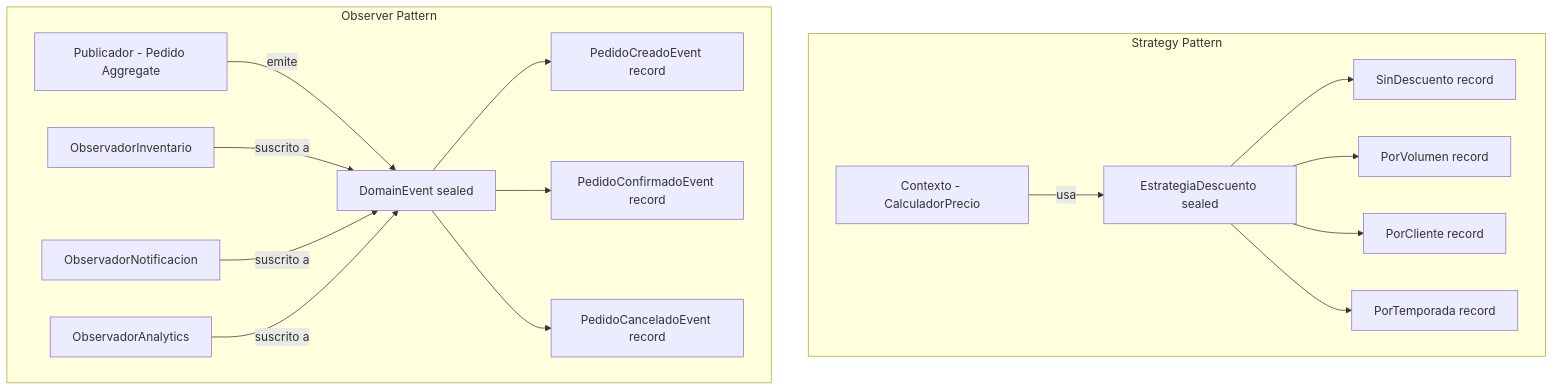
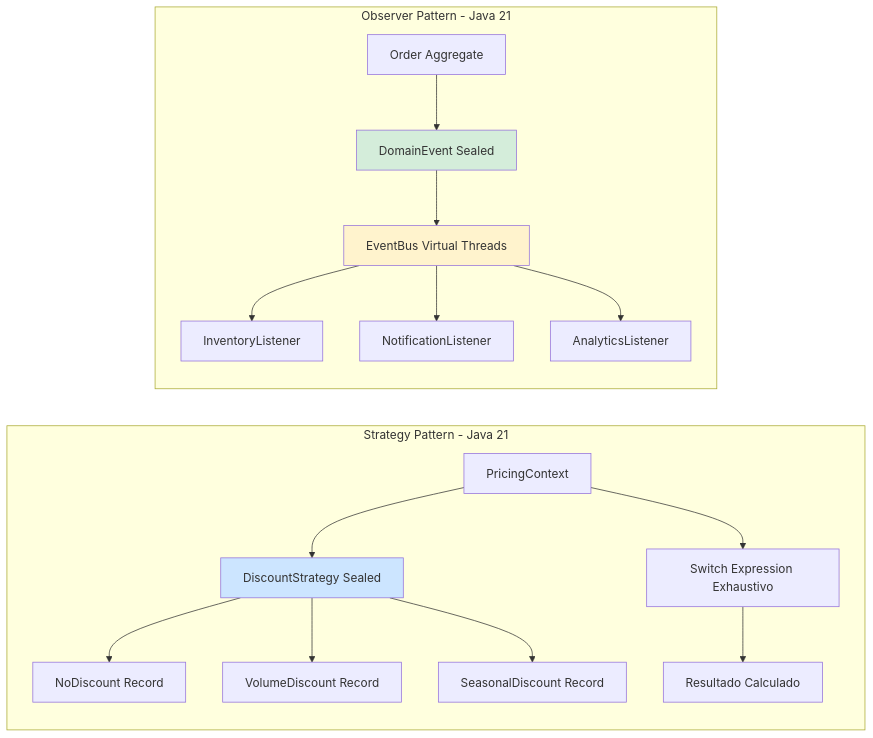
Before and after one commit to Joaquinriosheredia/DAM-Java-Mastery: the second of 4 diagrams in 01_Java_Core/patrones_strategy_y_observer_en_java_21:_implementación_con_sealed_interfaces,_pattern_matching_sobre_records_y_desacoplamiento_funcional_sin_efectos_secundarios_STAFF.md, drawn with Mermaid. The commit also changed other lines of this file, not shown here.

Commit message:
patrones_strategy_y_observer_en_java_21:_implementación_con_sealed_interfaces,_pattern_matching_sobre_records_y_desacoplamiento_funcional_sin_efectos_secundarios_STAFF.md

````diff
--- a/01_Java_Core/patrones_strategy_y_observer_en_java_21:_implementación_con_sealed_interfaces,_pattern_matching_sobre_records_y_desacoplamiento_funcional_sin_efectos_secundarios_STAFF.md
+++ b/01_Java_Core/patrones_strategy_y_observer_en_java_21:_implementación_con_sealed_interfaces,_pattern_matching_sobre_records_y_desacoplamiento_funcional_sin_efectos_secundarios_STAFF.md
@@ -60,19 +104,24 @@
 ```mermaid
-graph TD
-    subgraph Strategy Pattern
-        A[Contexto - CalculadorPrecio] -->|usa| B[EstrategiaDescuento sealed]
-        B --> C[SinDescuento record]
-        B --> D[PorVolumen record]
-        B --> E[PorCliente record]
-        B --> F[PorTemporada record]
+graph LR
+    subgraph "Strategy Pattern - Java 21"
+        CTX[PricingContext] --> SEALED[DiscountStrategy Sealed]
+        SEALED --> REC1[NoDiscount Record]
+        SEALED --> REC2[VolumeDiscount Record]
+        SEALED --> REC3[SeasonalDiscount Record]
+        
+        CTX --> SWITCH[Switch Expression Exhaustivo]
+        SWITCH --> RESULT[Resultado Calculado]
     end
-    subgraph Observer Pattern
-        G[Publicador - Pedido Aggregate] -->|emite| H[DomainEvent sealed]
-        H --> I[PedidoCreadoEvent record]
-        H --> J[PedidoConfirmadoEvent record]
-        H --> K[PedidoCanceladoEvent record]
-        L[ObservadorInventario] -->|suscrito a| H
-        M[ObservadorNotificacion] -->|suscrito a| H
-        N[ObservadorAnalytics] -->|suscrito a| H
+    
+    subgraph "Observer Pattern - Java 21"
+        PUB[Order Aggregate] --> EVENT[DomainEvent Sealed]
+        EVENT --> BUS[EventBus Virtual Threads]
+        BUS --> SUB1[InventoryListener]
+        BUS --> SUB2[NotificationListener]
+        BUS --> SUB3[AnalyticsListener]
     end
+    
+    style SEALED fill:#cce5ff
+    style EVENT fill:#d4edda
+    style BUS fill:#fff3cd
 ```
````
